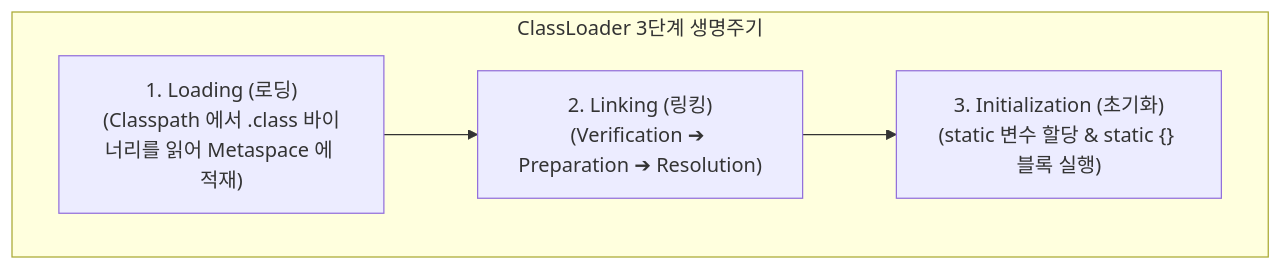
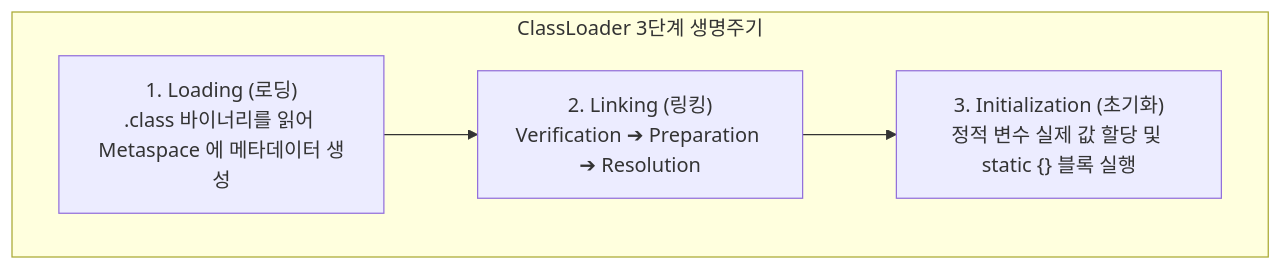
Before and after one commit to youngmin-gwon/what-i-studied: the first of 5 diagrams in 01_inbox/computer-science/jvm-classloader.md, drawn with Mermaid. The commit also changed other lines of this file and 1 other file, not shown here.

````diff
--- a/01_inbox/computer-science/jvm-classloader.md
+++ b/01_inbox/computer-science/jvm-classloader.md
@@ -17,7 +17,7 @@
 ```mermaid
 flowchart TD
     subgraph "ClassLoader 3단계 생명주기"
-        L1["1. Loading (로딩)<br/>(Classpath 에서 .class 바이너리를 읽어 Metaspace 에 적재)"] --> L2["2. Linking (링킹)<br/>(Verification ➔ Preparation ➔ Resolution)"]
-        L2 --> L3["3. Initialization (초기화)<br/>(static 변수 할당 & static {} 블록 실행)"]
+        L1["1. Loading (로딩)<br/>.class 바이너리를 읽어 Metaspace 에 메타데이터 생성"] --> L2["2. Linking (링킹)<br/>Verification ➔ Preparation ➔ Resolution"]
+        L2 --> L3["3. Initialization (초기화)<br/>정적 변수 실제 값 할당 및 static {} 블록 실행"]
     end
 ```
````
